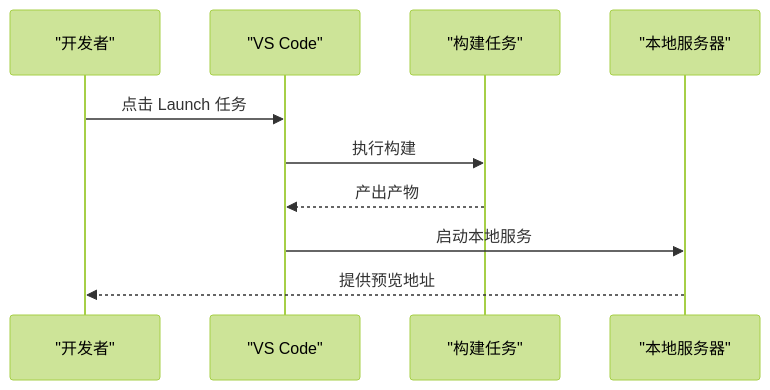
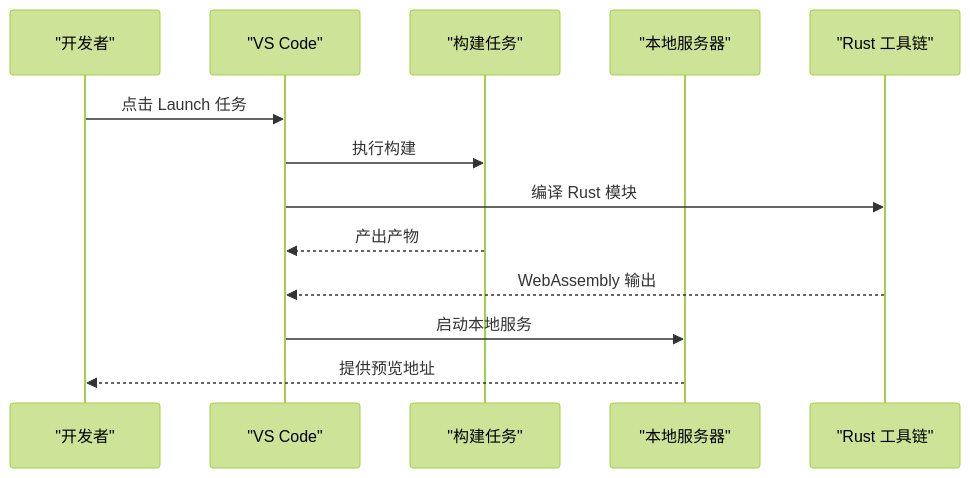
The ninth of 10 diagrams in .qoder/repowiki/zh/content/项目概述/技术栈.md (rzhangjing/cesium), drawn with Mermaid (forest theme) before and after one commit. The commit also changed other lines of this file and 60 other files, not shown here.

````diff
--- a/.qoder/repowiki/zh/content/项目概述/技术栈.md
+++ b/.qoder/repowiki/zh/content/项目概述/技术栈.md
@@ -359,12 +534,15 @@
 ```mermaid
 sequenceDiagram
 participant Dev as "开发者"
 participant VSCode as "VS Code"
 participant Build as "构建任务"
 participant Server as "本地服务器"
+participant RustToolchain as "Rust 工具链"
 Dev->>VSCode : 点击 Launch 任务
 VSCode->>Build : 执行构建
+VSCode->>RustToolchain : 编译 Rust 模块
 Build-->>VSCode : 产出产物
+RustToolchain-->>VSCode : WebAssembly 输出
 VSCode->>Server : 启动本地服务
 Server-->>Dev : 提供预览地址
 ```
````
